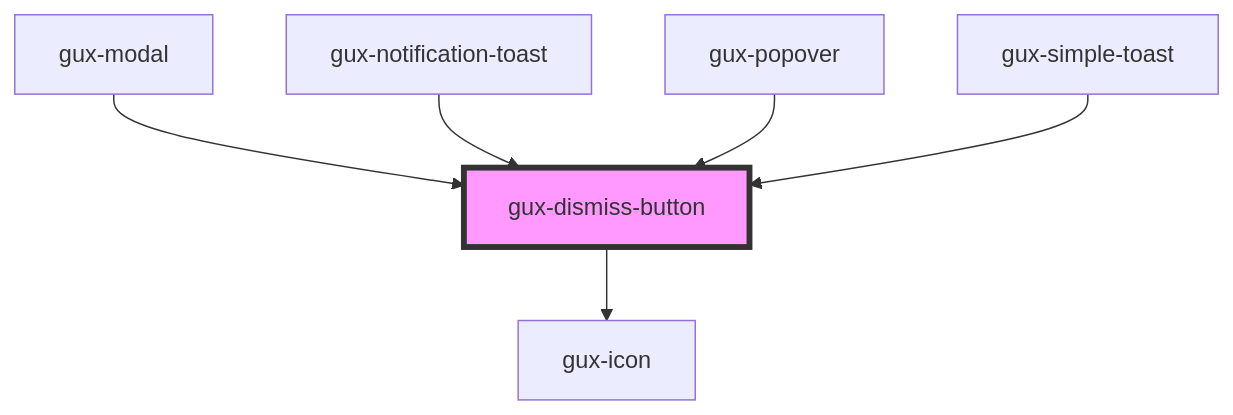
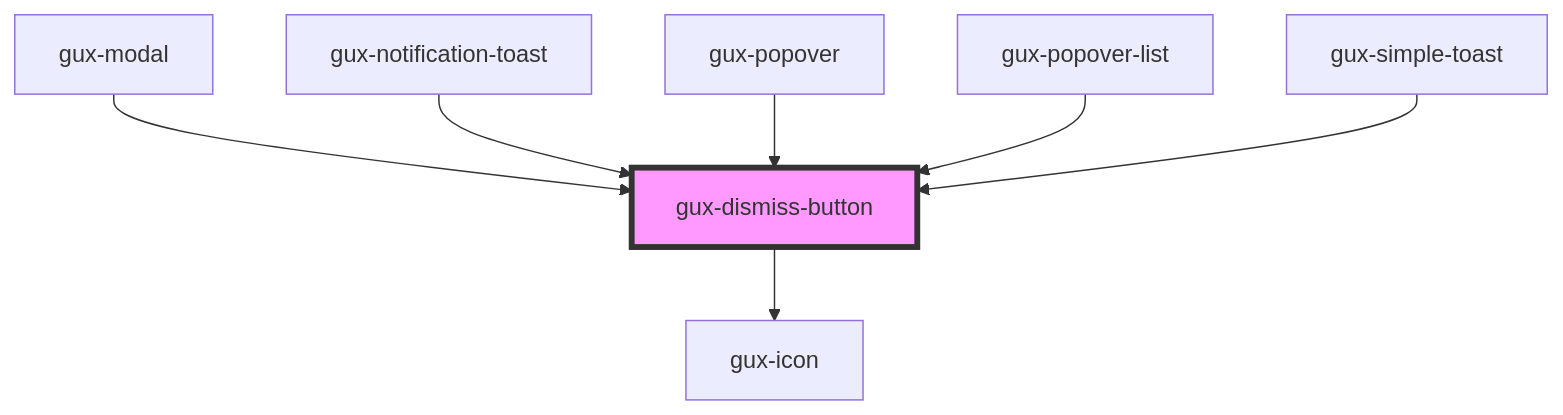
One commit to MyPureCloud/genesys-spark changed the diagram in src/components/stable/gux-dismiss-button/readme.md. Above: the diagram before and after it, drawn with Mermaid. The commit also changed other lines of this file and 17 other files, not shown here.

First line of the commit message:
feat(gux-popover-list): add new gux-popover-list component

````diff
--- a/src/components/stable/gux-dismiss-button/readme.md
+++ b/src/components/stable/gux-dismiss-button/readme.md
@@ -22,9 +23,10 @@
 ```mermaid
 graph TD;
   gux-dismiss-button --> gux-icon
   gux-modal --> gux-dismiss-button
   gux-notification-toast --> gux-dismiss-button
   gux-popover --> gux-dismiss-button
+  gux-popover-list --> gux-dismiss-button
   gux-simple-toast --> gux-dismiss-button
   style gux-dismiss-button fill:#f9f,stroke:#333,stroke-width:4px
 ```
````
